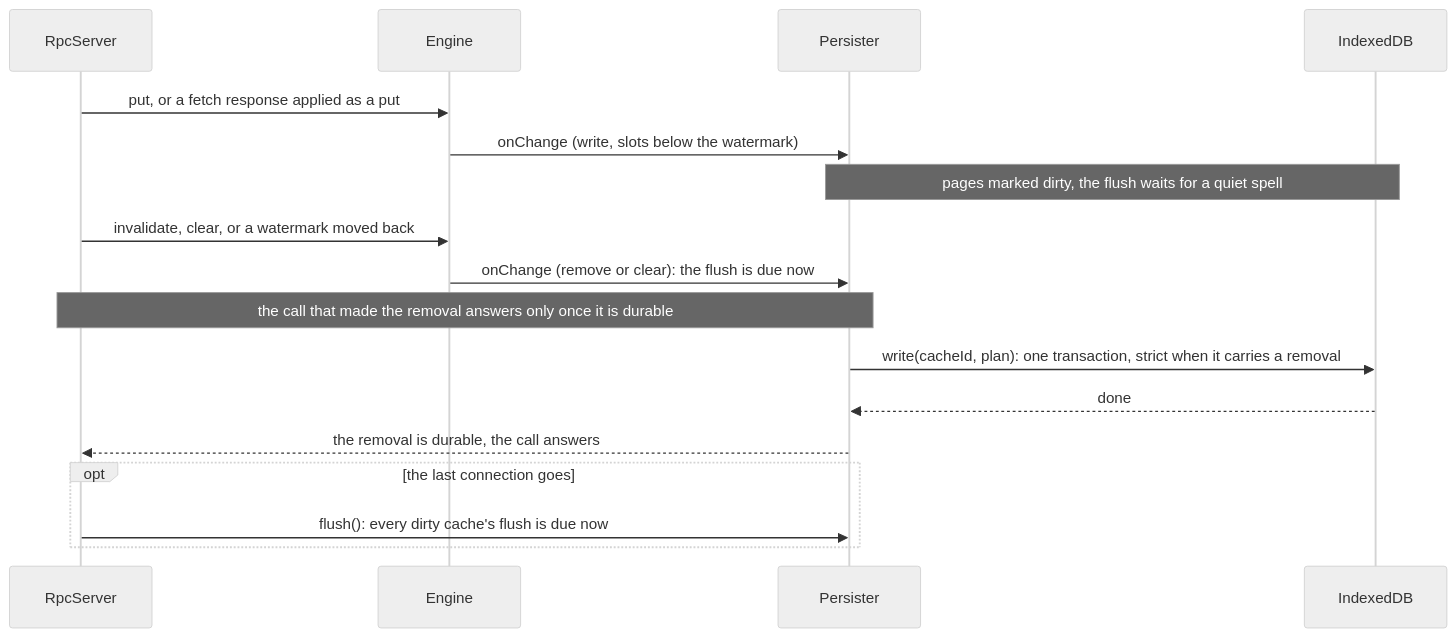
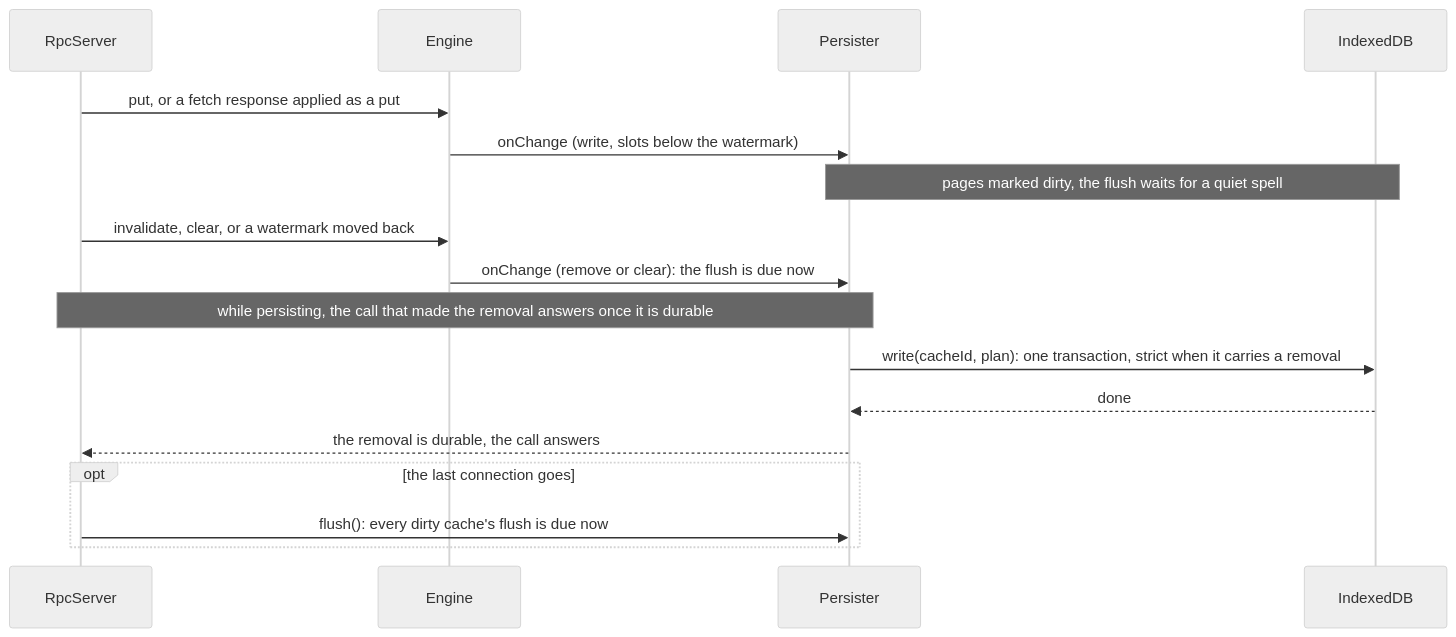
The second of 3 diagrams in site/how-it-works/persistence.md (anishbenji/tscache), drawn with Mermaid (neutral theme) before and after one commit. The commit also changed other lines of this file and 4 other files, not shown here.

First line of the commit message:
fix(client): replay only pre-construction events and drain them once

````diff
--- a/site/how-it-works/persistence.md
+++ b/site/how-it-works/persistence.md
@@ -59,19 +62,19 @@
 ```mermaid
 sequenceDiagram
   participant S as RpcServer
   participant E as Engine
   participant R as Persister
   participant D as IndexedDB
   S->>E: put, or a fetch response applied as a put
   E->>R: onChange (write, slots below the watermark)
   Note over R,D: pages marked dirty, the flush waits for a quiet spell
   S->>E: invalidate, clear, or a watermark moved back
   E->>R: onChange (remove or clear): the flush is due now
-  Note over S,R: the call that made the removal answers only once it is durable
+  Note over S,R: while persisting, the call that made the removal answers once it is durable
   R->>D: write(cacheId, plan): one transaction, strict when it carries a removal
   D-->>R: done
   R-->>S: the removal is durable, the call answers
   opt the last connection goes
     S->>R: flush(): every dirty cache's flush is due now
   end
 ```
````
